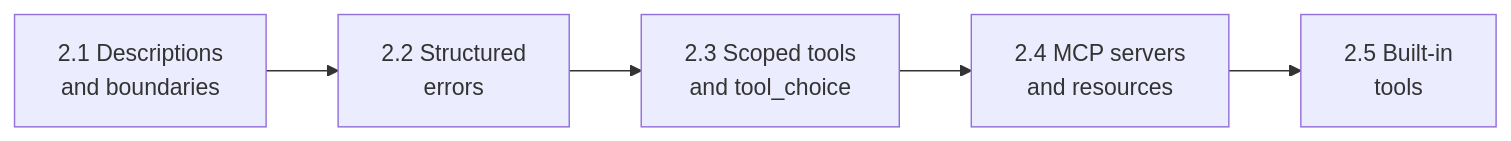
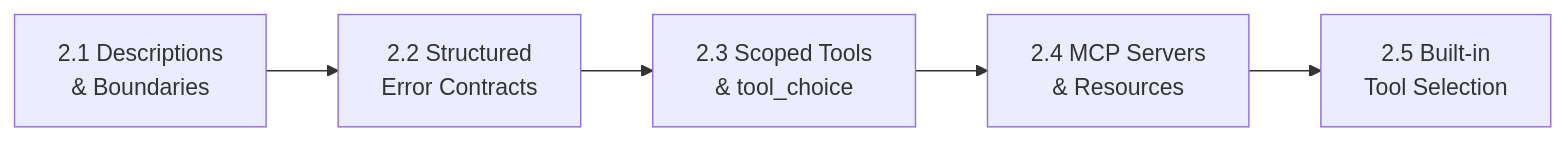
One commit to dip4k/claude_cert_architect_foundation_prep changed the first of 7 diagrams in domain2/KEY_CONCEPTS.md. Above: the diagram before and after it, drawn with Mermaid. The commit also changed other lines of this file and 59 other files, not shown here.

Commit message:
Refactor scenario documentation: Update descriptions, targets, and tools for clarity and consistency

````diff
--- a/domain2/KEY_CONCEPTS.md
+++ b/domain2/KEY_CONCEPTS.md
@@ -16,7 +20,7 @@
 ```mermaid
 flowchart LR
-    T1["2.1 Descriptions<br>and boundaries"] --> T2["2.2 Structured<br>errors"]
-    T2 --> T3["2.3 Scoped tools<br>and tool_choice"]
-    T3 --> T4["2.4 MCP servers<br>and resources"]
-    T4 --> T5["2.5 Built-in<br>tools"]
+    T1["2.1 Descriptions<br>& Boundaries"] --> T2["2.2 Structured<br>Error Contracts"]
+    T2 --> T3["2.3 Scoped Tools<br>& tool_choice"]
+    T3 --> T4["2.4 MCP Servers<br>& Resources"]
+    T4 --> T5["2.5 Built-in<br>Tool Selection"]
 ```
````
